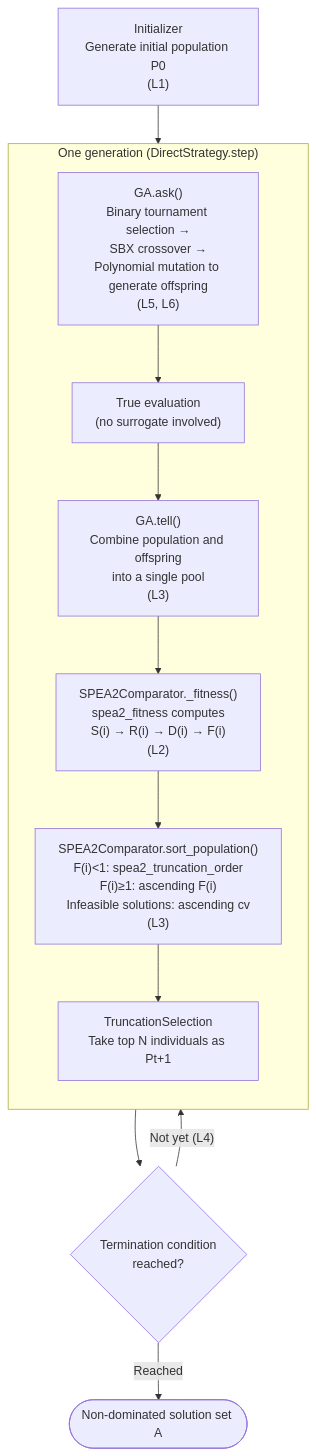
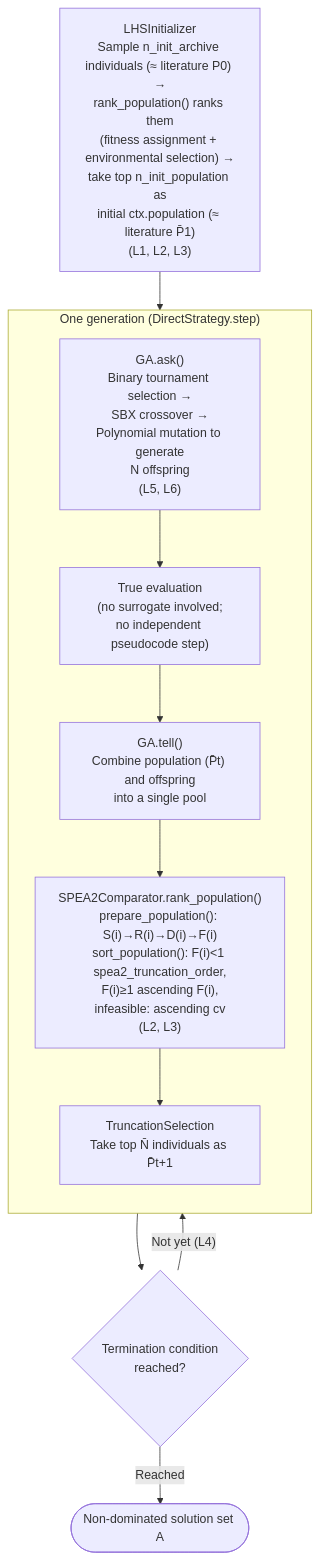
Before and after one commit to shlka/saealib: the diagram in docs/algorithms/spea2.md, drawn with Mermaid. The commit also changed other lines of this file and 15 other files, not shown here.

First line of the commit message:
fix: [#237] persist SPEA2 fitness across environmental and mating selection (#249)

````diff
--- a/docs/algorithms/spea2.md
+++ b/docs/algorithms/spea2.md
@@ -51,15 +51,14 @@
 ```{mermaid}
 flowchart TD
-    INIT["Initializer<br/>Generate initial population P0<br/>(L1)"] --> GEN
+    INIT["LHSInitializer<br/>Sample n_init_archive individuals (≈ literature P0) →<br/>rank_population() ranks them<br/>(fitness assignment + environmental selection) →<br/>take top n_init_population as<br/>initial ctx.population (≈ literature P̄1)<br/>(L1, L2, L3)"] --> GEN
     subgraph GEN["One generation (DirectStrategy.step)"]
         direction TB
-        ASK["GA.ask()<br/>Binary tournament selection →<br/>SBX crossover →<br/>Polynomial mutation to generate offspring<br/>(L5, L6)"] --> EVAL["True evaluation<br/>(no surrogate involved)"]
-        EVAL --> COMB["GA.tell()<br/>Combine population and offspring<br/>into a single pool<br/>(L3)"]
-        COMB --> FIT["SPEA2Comparator._fitness()<br/>spea2_fitness computes<br/>S(i) → R(i) → D(i) → F(i)<br/>(L2)"]
-        FIT --> SORT["SPEA2Comparator.sort_population()<br/>F(i)&lt;1: spea2_truncation_order<br/>F(i)≥1: ascending F(i)<br/>Infeasible solutions: ascending cv<br/>(L3)"]
-        SORT --> TRUNC["TruncationSelection<br/>Take top N individuals as Pt+1"]
+        ASK["GA.ask()<br/>Binary tournament selection →<br/>SBX crossover →<br/>Polynomial mutation to generate<br/>N offspring<br/>(L5, L6)"] --> EVAL["True evaluation<br/>(no surrogate involved;<br/>no independent pseudocode step)"]
+        EVAL --> COMB["GA.tell()<br/>Combine population (P̄t) and offspring<br/>into a single pool"]
+        COMB --> RANK["SPEA2Comparator.rank_population()<br/>prepare_population(): S(i)→R(i)→D(i)→F(i)<br/>sort_population(): F(i)&lt;1 spea2_truncation_order,<br/>F(i)≥1 ascending F(i),<br/>infeasible: ascending cv<br/>(L2, L3)"]
+        RANK --> TRUNC["TruncationSelection<br/>Take top N̄ individuals as P̄t+1"]
     end
     GEN --> TERM{"Termination condition<br/>reached?"}
     TERM -- "Not yet (L4)" --> GEN
     TERM -- "Reached" --> RESULT(["Non-dominated solution set A"])
 ```
````
